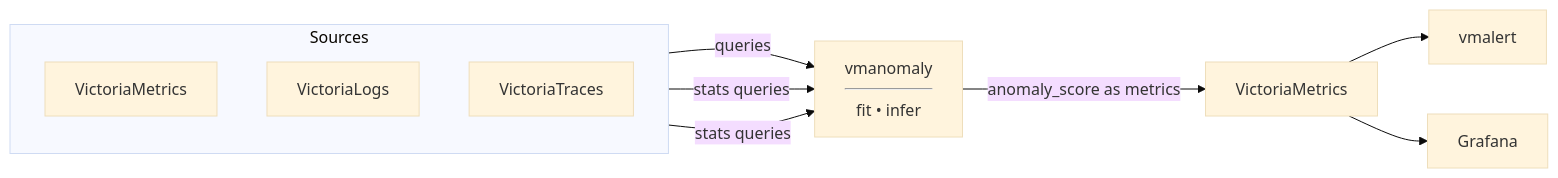
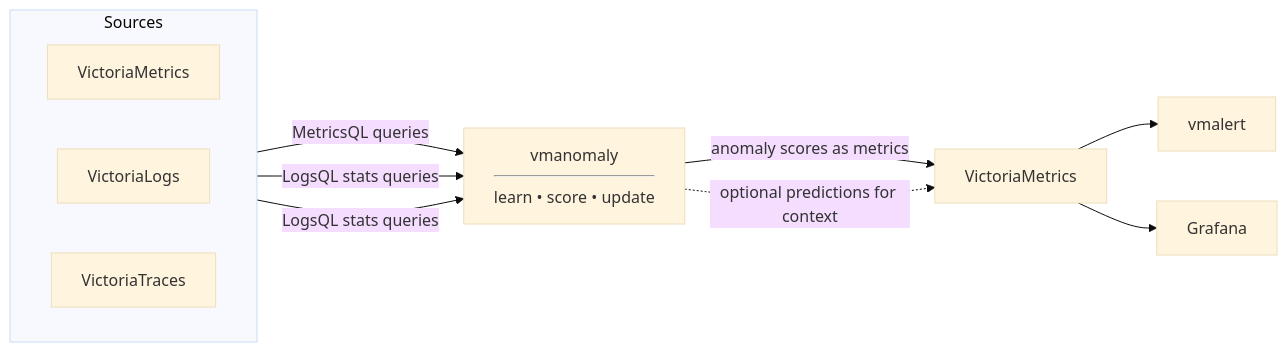
Before and after one commit to VictoriaMetrics/VictoriaStack: the diagram in docs/victoriastack/anomaly-detection.md, drawn with Mermaid (base theme). The commit also changed other lines of this file and 2 other files, not shown here.

Commit message:
docs: align vmanomaly component description

````diff
--- a/docs/victoriastack/anomaly-detection.md
+++ b/docs/victoriastack/anomaly-detection.md
@@ -39,20 +33,20 @@
 ```mermaid
 flowchart LR
     subgraph Sources
-        direction TB
+        direction LR
         VM["VictoriaMetrics"]
         VL["VictoriaLogs"]
         VT["VictoriaTraces"]
     end
 
-    A["vmanomaly<br/><hr/>fit • infer"]
+    A["vmanomaly<br/><hr/>learn • score • update"]
 
-    VM -->|"queries"| A
-    VL -->|"stats queries"| A
-    VT -->|"stats queries"| A
+    VM -->|"MetricsQL queries"| A
+    VL -->|"LogsQL stats queries"| A
+    VT -->|"LogsQL stats queries"| A
 
-    A -->|"anomaly_score as metrics"| W["VictoriaMetrics"]
-
+    A -->|"anomaly scores as metrics"| W["VictoriaMetrics"]
+    A -.->|"optional predictions for context"| W
     W --> AL["vmalert"]
     W --> G["Grafana"]
 ```
````
